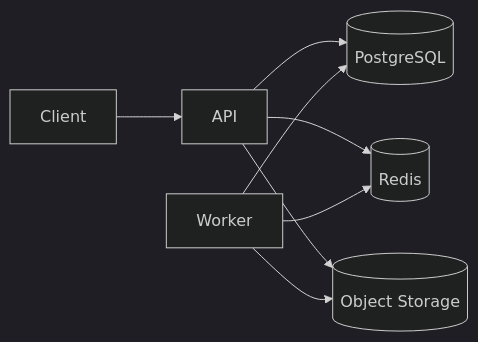
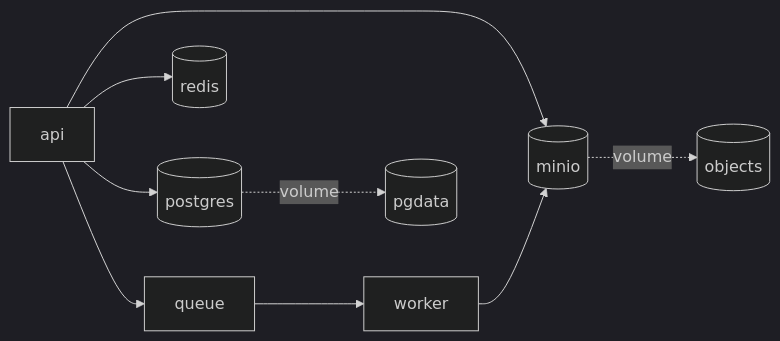
One commit to upJiang/jiang-blog-vitepress changed the diagram in docs/devops/docker-compose.md. Above: the diagram before and after it, drawn with Mermaid (dark theme). The commit also changed other lines of this file and 190 other files, not shown here.

````diff
--- a/docs/devops/docker-compose.md
+++ b/docs/devops/docker-compose.md
@@ -32,10 +30,11 @@
 ```mermaid
 flowchart LR
-  C[Client] --> A[API]
-  A --> P[(PostgreSQL)]
-  A --> R[(Redis)]
-  W[Worker] --> R
-  W --> P
-  A --> O[(Object Storage)]
+  API[api] --> PG[(postgres)]
+  API --> R[(redis)]
+  API --> Q[queue]
+  Q --> W[worker]
+  API --> O[(minio)]
   W --> O
+  PG -.volume.-> V1[(pgdata)]
+  O -.volume.-> V2[(objects)]
 ```
````
